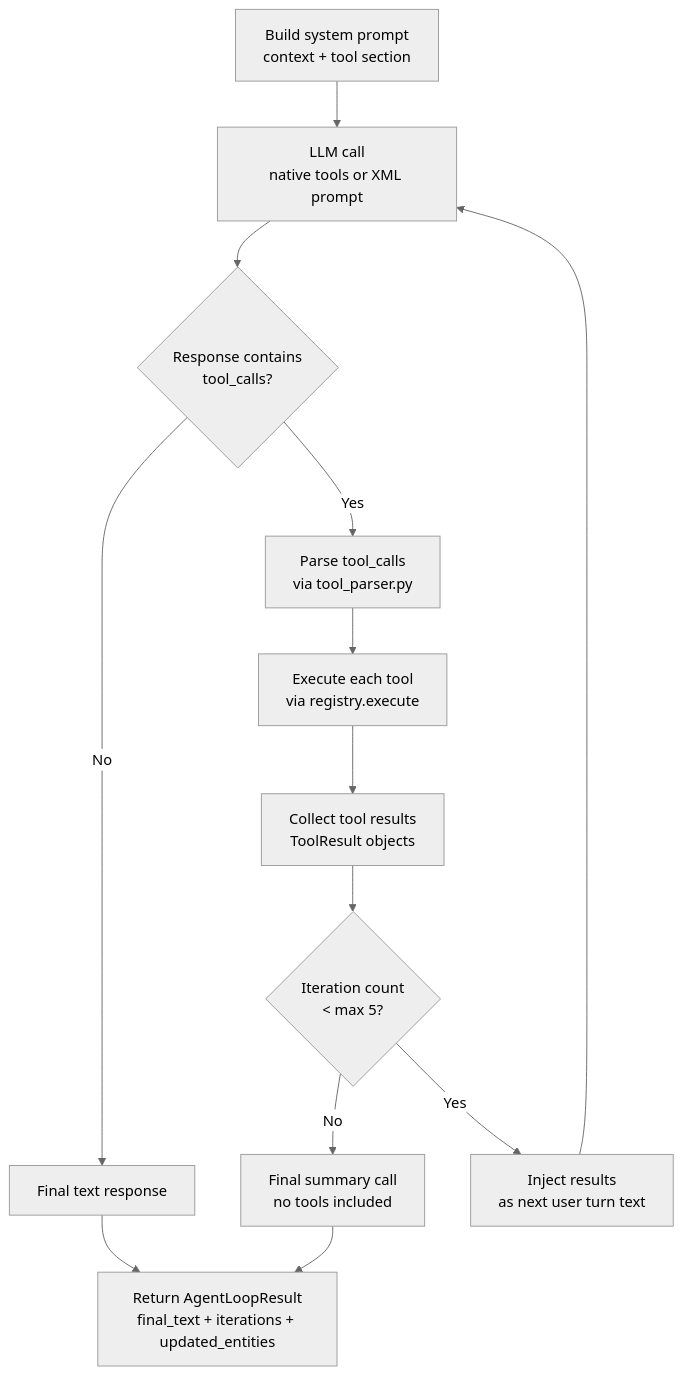
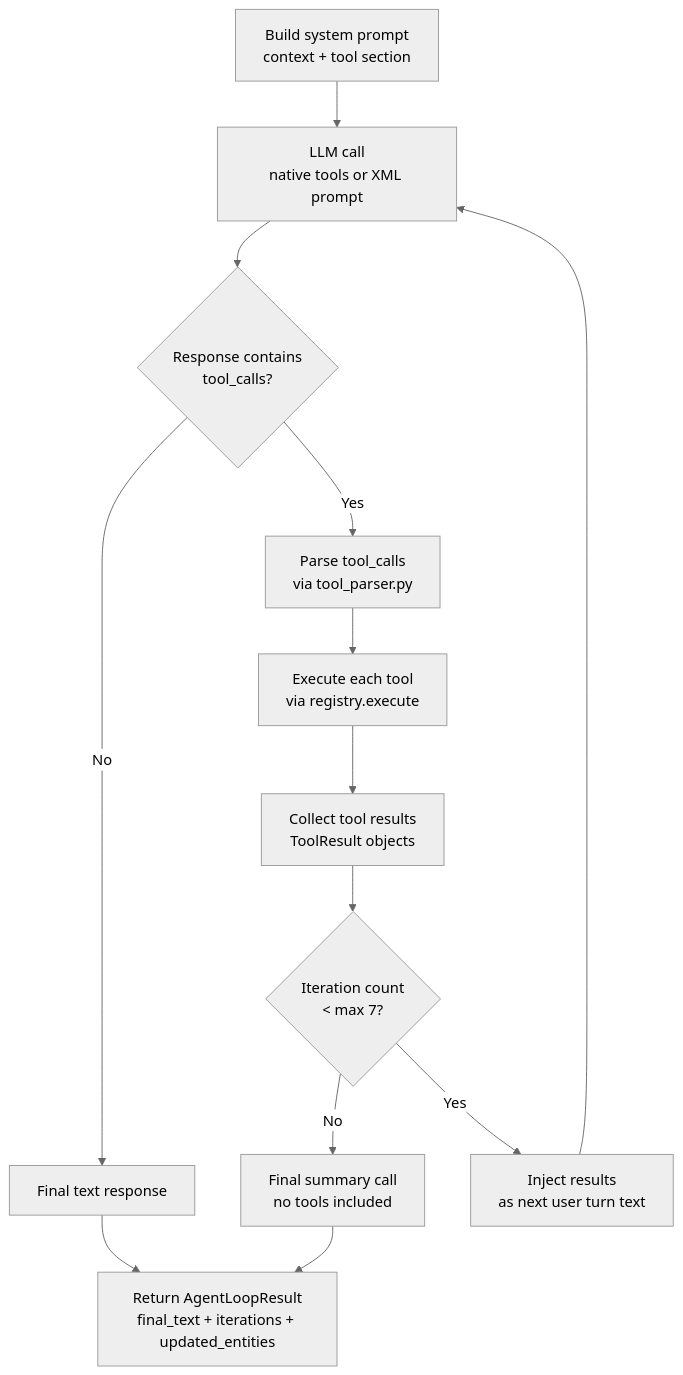
Diagram 11 of 14 in docs/FLOWCHARTS.md (cvrvai/OPPM-AI-work-management-system), drawn with Mermaid (neutral theme) before and after one commit. The commit also changed other lines of this file and 47 other files, not shown here.

````diff
--- a/docs/FLOWCHARTS.md
+++ b/docs/FLOWCHARTS.md
@@ -197,15 +198,15 @@
 ```mermaid
 flowchart TD
     A[Build system prompt\ncontext + tool section] --> B[LLM call\nnative tools or XML prompt]
     B --> C{Response contains\ntool_calls?}
     C -- No --> D[Final text response]
     C -- Yes --> E[Parse tool_calls\nvia tool_parser.py]
     E --> F[Execute each tool\nvia registry.execute]
     F --> G[Collect tool results\nToolResult objects]
-    G --> H{Iteration count\n< max 5?}
+    G --> H{Iteration count\n< max 7?}
     H -- No --> I[Final summary call\nno tools included]
     I --> J[Return AgentLoopResult\nfinal_text + iterations + updated_entities]
     H -- Yes --> K[Inject results\nas next user turn text]
     K --> B
     D --> J
 ```
````
